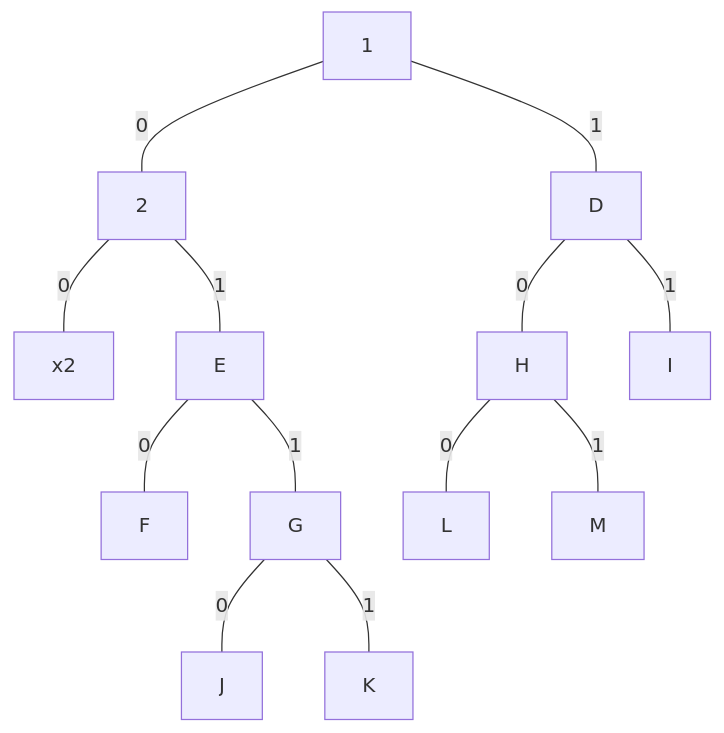
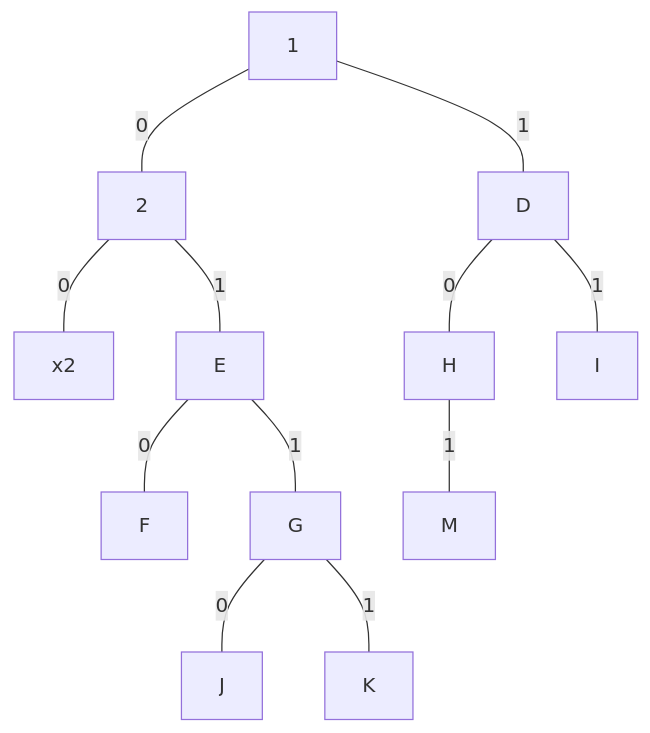
Before and after one commit to Tiggax/Zapiski: the first of 2 diagrams in 2. Letnik/Podatkovne strukture in algoritmi/Untitledbb.md, drawn with Mermaid. The commit also changed other lines of this file and 1 other file, not shown here.

````diff
--- a/2. Letnik/Podatkovne strukture in algoritmi/Untitledbb.md
+++ b/2. Letnik/Podatkovne strukture in algoritmi/Untitledbb.md
@@ -8,16 +8,15 @@
 ```mermaid
 graph TB;
 A[1]-- 0 ---B
 B[2]-- 0 ---C[x2]
 A-- 1 ---D
 D-- 0 ---H
-H-- 0 ---L
 H-- 1 ---M
 D-- 1 ---I
 B-- 1 ---E
 E-- 0 ---F
 E-- 1 ---G
 G-- 0 ---J
 G-- 1 ---K
 
 ```
````
